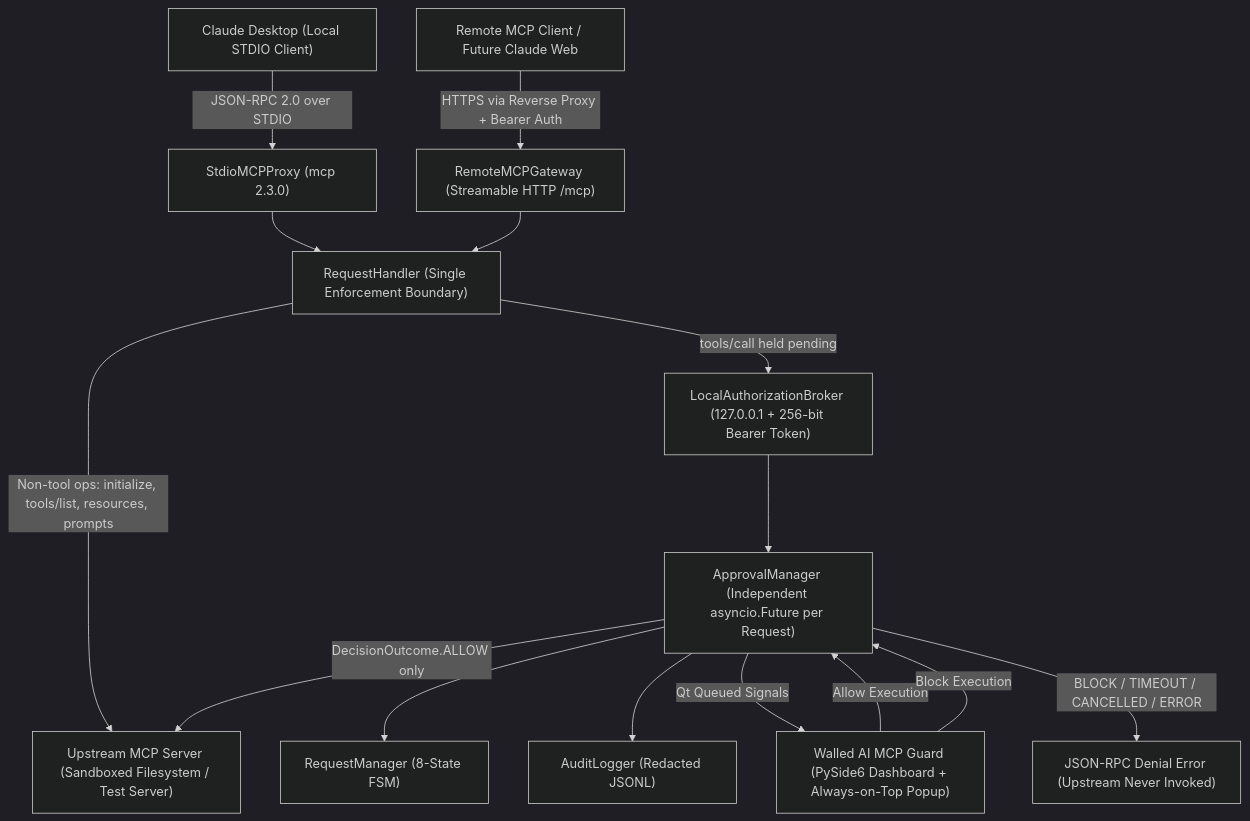
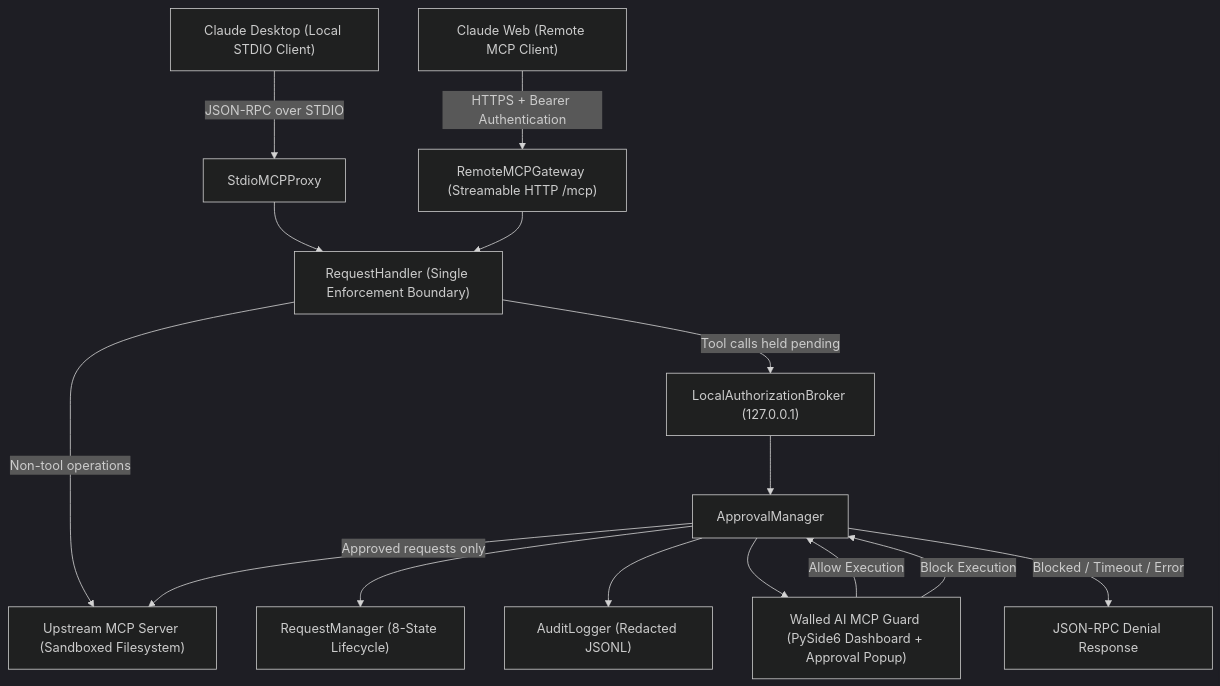
Before and after one commit to panuganti0211/walled-ai-mcp-guard: the diagram in README.md, drawn with Mermaid (dark theme). The commit also changed other lines of this file and 6 other files, not shown here.

Commit message:
docs: add verified Claude Web integration evidence

````diff
--- a/README.md
+++ b/README.md
@@ -59,21 +74,22 @@
 ```mermaid
 flowchart TD
-    CD["Claude Desktop (Local STDIO Client)"] -->|JSON-RPC 2.0 over STDIO| SP["StdioMCPProxy (mcp 2.3.0)"]
-    RC["Remote MCP Client / Future Claude Web"] -->|HTTPS via Reverse Proxy + Bearer Auth| HG["RemoteMCPGateway (Streamable HTTP /mcp)"]
+    CD["Claude Desktop (Local STDIO Client)"] -->|JSON-RPC over STDIO| SP["StdioMCPProxy"]
+    CW["Claude Web (Remote MCP Client)"] -->|HTTPS + Bearer Authentication| HG["RemoteMCPGateway (Streamable HTTP /mcp)"]
 
     SP --> RH["RequestHandler (Single Enforcement Boundary)"]
     HG --> RH
 
-    RH -->|Non-tool ops: initialize, tools/list, resources, prompts| UP["Upstream MCP Server (Sandboxed Filesystem / Test Server)"]
-    RH -->|tools/call held pending| IPC["LocalAuthorizationBroker (127.0.0.1 + 256-bit Bearer Token)"]
+    RH -->|Non-tool operations| UP["Upstream MCP Server (Sandboxed Filesystem)"]
+    RH -->|Tool calls held pending| IPC["LocalAuthorizationBroker (127.0.0.1)"]
 
-    IPC --> AM["ApprovalManager (Independent asyncio.Future per Request)"]
-    AM --> RM["RequestManager (8-State FSM)"]
+    IPC --> AM["ApprovalManager"]
+    AM --> RM["RequestManager (8-State Lifecycle)"]
     AM --> AL["AuditLogger (Redacted JSONL)"]
-    AM -->|Qt Queued Signals| UI["Walled AI MCP Guard (PySide6 Dashboard + Always-on-Top Popup)"]
+    AM --> UI["Walled AI MCP Guard (PySide6 Dashboard + Approval Popup)"]
 
     UI -->|Allow Execution| AM
     UI -->|Block Execution| AM
-    AM -->|DecisionOutcome.ALLOW only| UP
-    AM -->|BLOCK / TIMEOUT / CANCELLED / ERROR| ERR["JSON-RPC Denial Error (Upstream Never Invoked)"]
+
+    AM -->|Approved requests only| UP
+    AM -->|Blocked / Timeout / Error| ERR["JSON-RPC Denial Response"]
 ```
````
